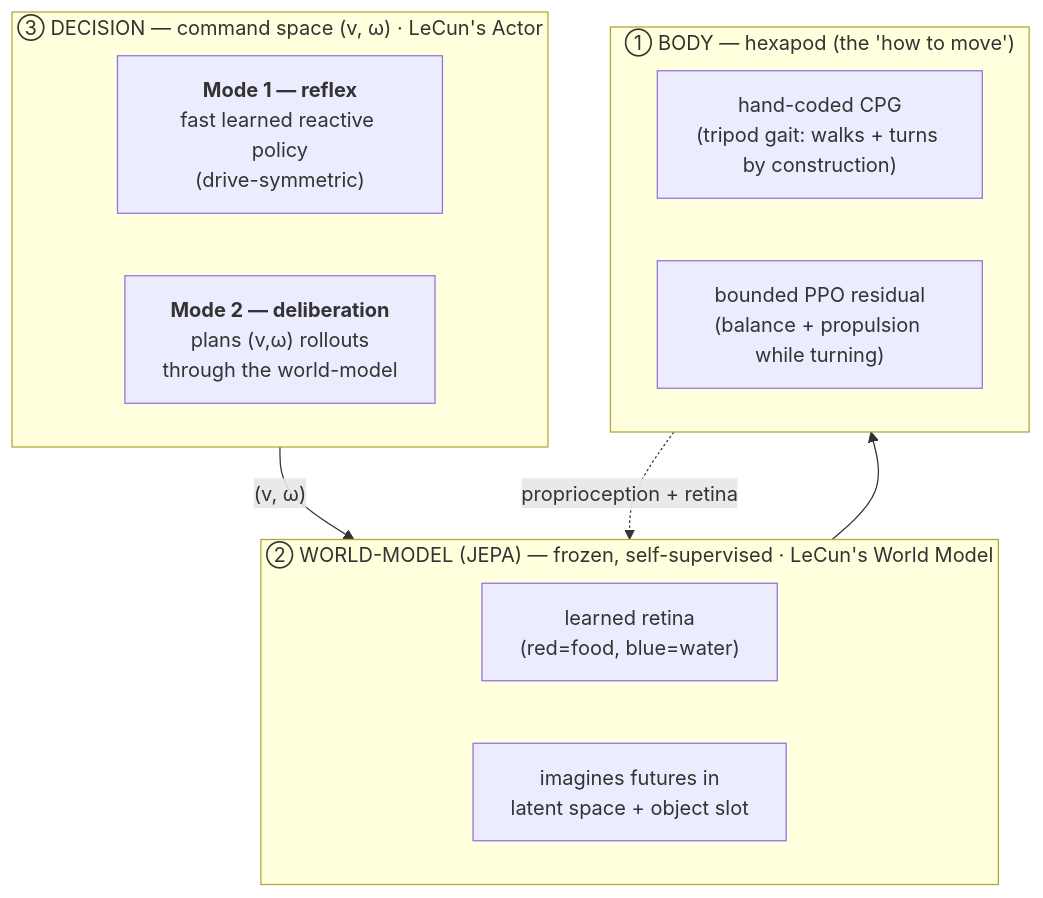
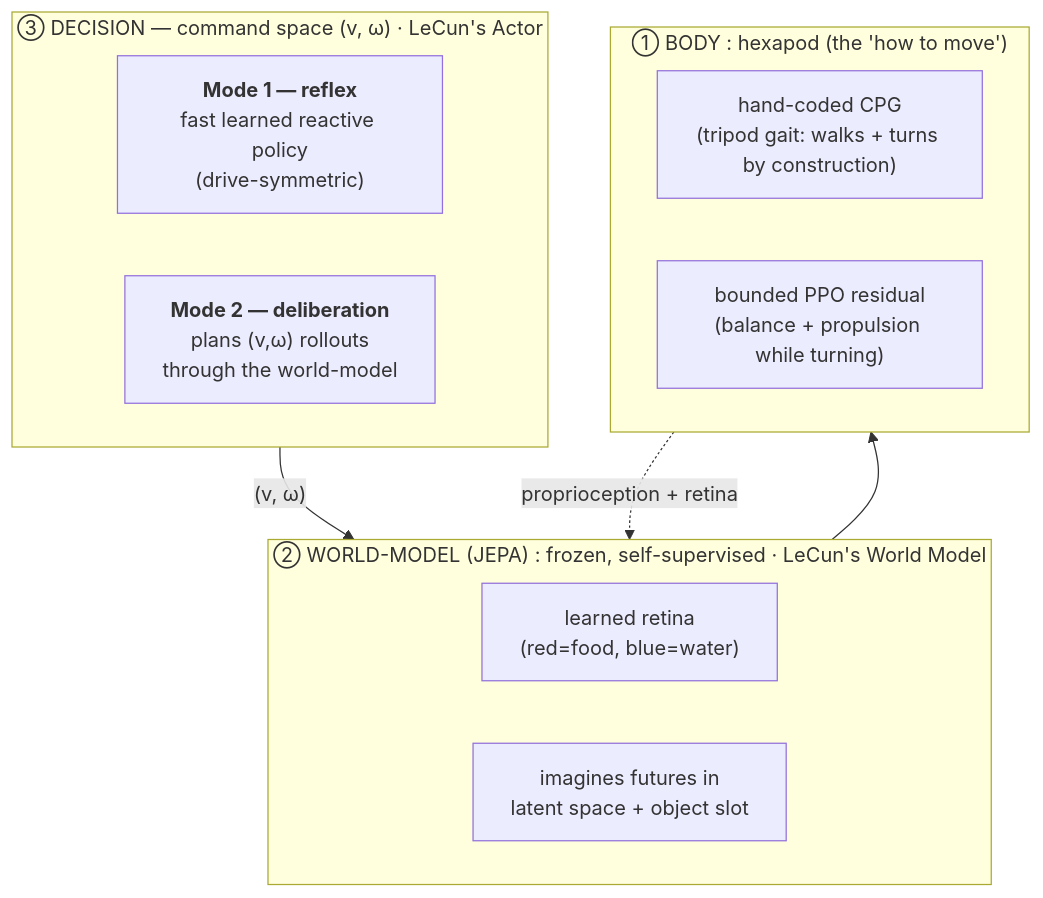
One commit to edgarbnt/Sylvan changed the third of 3 diagrams in README.md. Above: the diagram before and after it, drawn with Mermaid. The commit also changed other lines of this file, not shown here.

````diff
--- a/README.md
+++ b/README.md
@@ -85,18 +85,18 @@
 ```mermaid
 flowchart TB
     subgraph BRAIN["③ DECISION — command space (v, ω)  ·  LeCun's Actor"]
         M1["<b>Mode 1 — reflex</b><br/>fast learned reactive policy<br/>(drive-symmetric)"]
         M2["<b>Mode 2 — deliberation</b><br/>plans (v,ω) rollouts<br/>through the world-model"]
     end
-    subgraph WM["② WORLD-MODEL (JEPA) — frozen, self-supervised  ·  LeCun's World Model"]
+    subgraph WM["② WORLD-MODEL (JEPA) : frozen, self-supervised  ·  LeCun's World Model"]
         P["learned retina<br/>(red=food, blue=water)"]
         I["imagines futures in<br/>latent space + object slot"]
     end
-    subgraph BODY["① BODY — hexapod (the 'how to move')"]
+    subgraph BODY["① BODY : hexapod (the 'how to move')"]
         CPG["hand-coded CPG<br/>(tripod gait: walks + turns by construction)"]
         RES["bounded PPO residual<br/>(balance + propulsion while turning)"]
     end
     BRAIN -- "(v, ω)" --> WM
     WM --> BODY
     BODY -. "proprioception + retina" .-> WM
 ```
````
